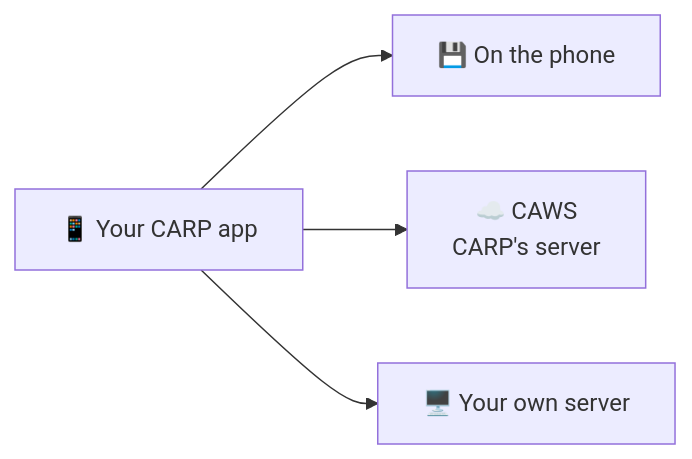
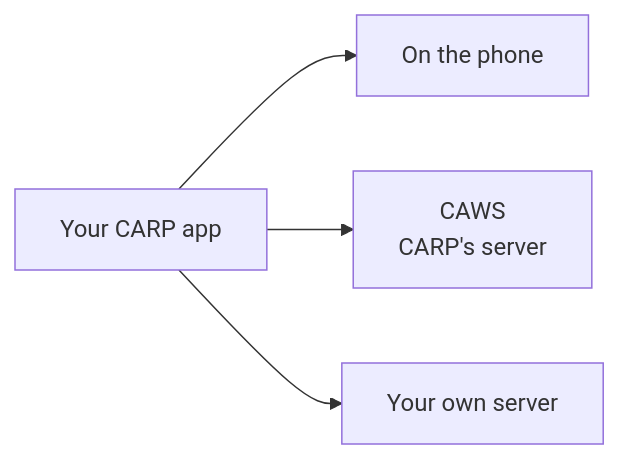
The diagram in src/content/docs/start/where-data-goes.mdx (carp-dk/carp-docs-starlight), drawn with Mermaid before and after one commit. The commit also changed other lines of this file and 8 other files, not shown here.

````diff
--- a/src/content/docs/start/where-data-goes.mdx
+++ b/src/content/docs/start/where-data-goes.mdx
@@ -13,6 +11,6 @@
 ```mermaid
 flowchart LR
-    App["📱 Your CARP app"] --> P["💾 On the phone"]
-    App --> C["☁️ CAWS<br/>CARP's server"]
-    App --> O["🖥️ Your own server"]
+    App["Your CARP app"] --> P["On the phone"]
+    App --> C["CAWS<br/>CARP's server"]
+    App --> O["Your own server"]
 ```
````
